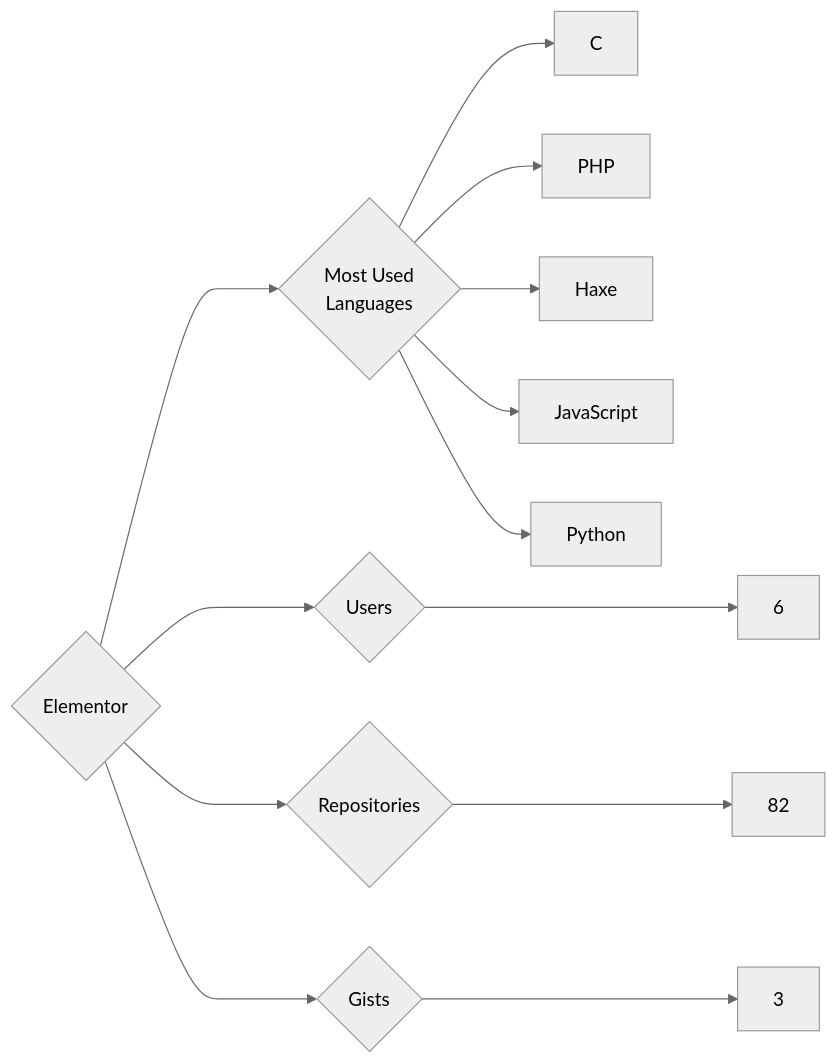
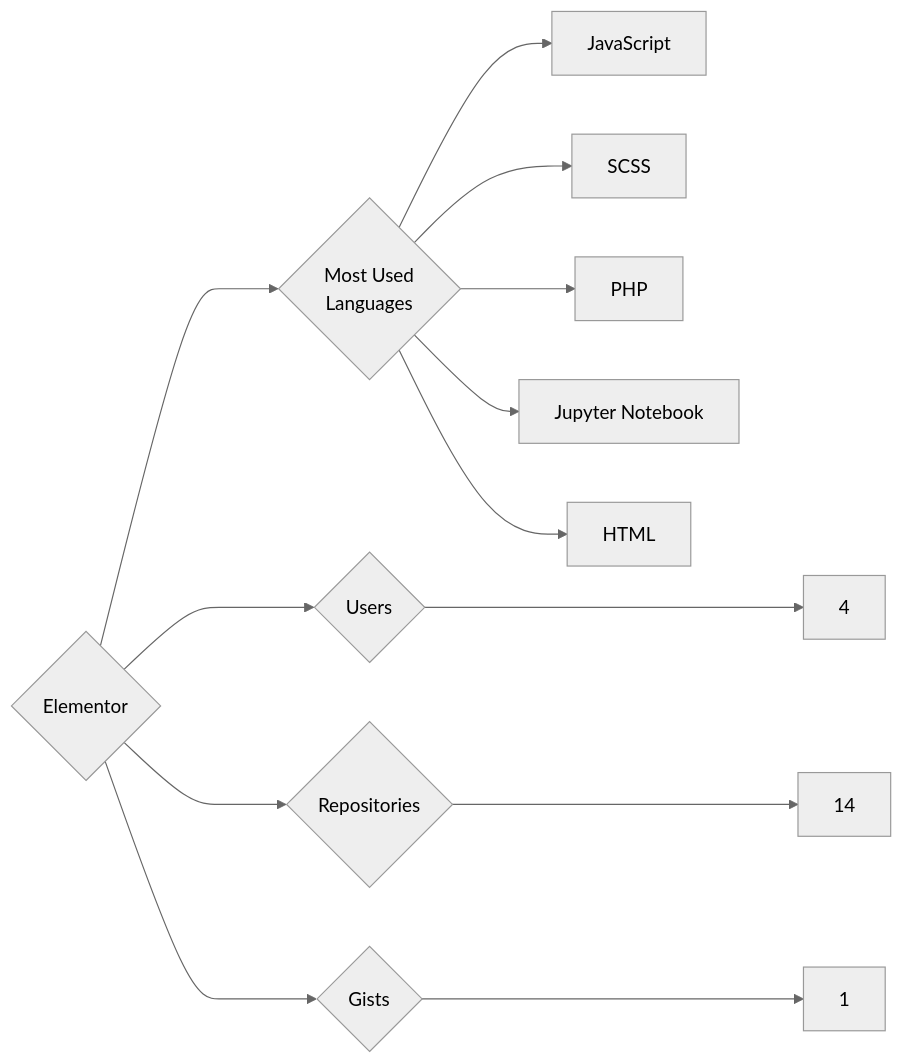
Before and after one commit to trickest/insiders: the diagram in targets/Elementor/README.md, drawn with Mermaid (neutral theme). The commit also changed 942 other files, not shown here.

````diff
--- a/targets/Elementor/README.md
+++ b/targets/Elementor/README.md
@@ -3,13 +3,13 @@
 ```mermaid
 graph LR
 COMPANY_NAME{Elementor}
-COMPANY_NAME ---> U{Users} ---> UN[6]
-COMPANY_NAME ---> R{Repositories} ---> RN[82]
-COMPANY_NAME ---> G{Gists} ---> GN[3]
+COMPANY_NAME ---> U{Users} ---> UN[4]
+COMPANY_NAME ---> R{Repositories} ---> RN[14]
+COMPANY_NAME ---> G{Gists} ---> GN[1]
 COMPANY_NAME ---> ML{Most Used<br>Languages}
-ML --> C[C]
+ML --> JavaScript[JavaScript]
+ML --> SCSS[SCSS]
 ML --> PHP[PHP]
-ML --> Haxe[Haxe]
-ML --> JavaScript[JavaScript]
-ML --> Python[Python]
+ML --> Jupyter_Notebook[Jupyter Notebook]
+ML --> HTML[HTML]
 ```
````
